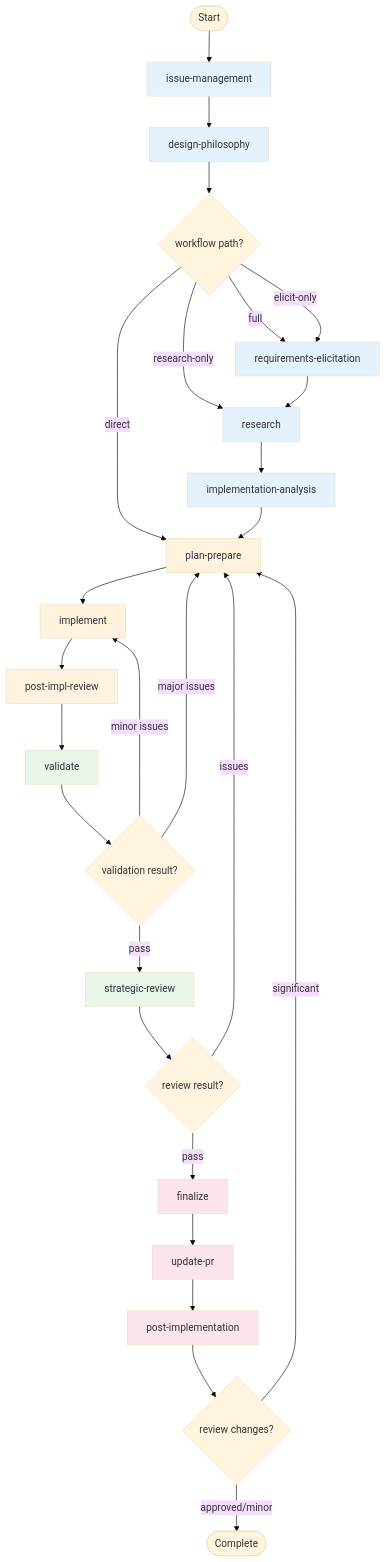
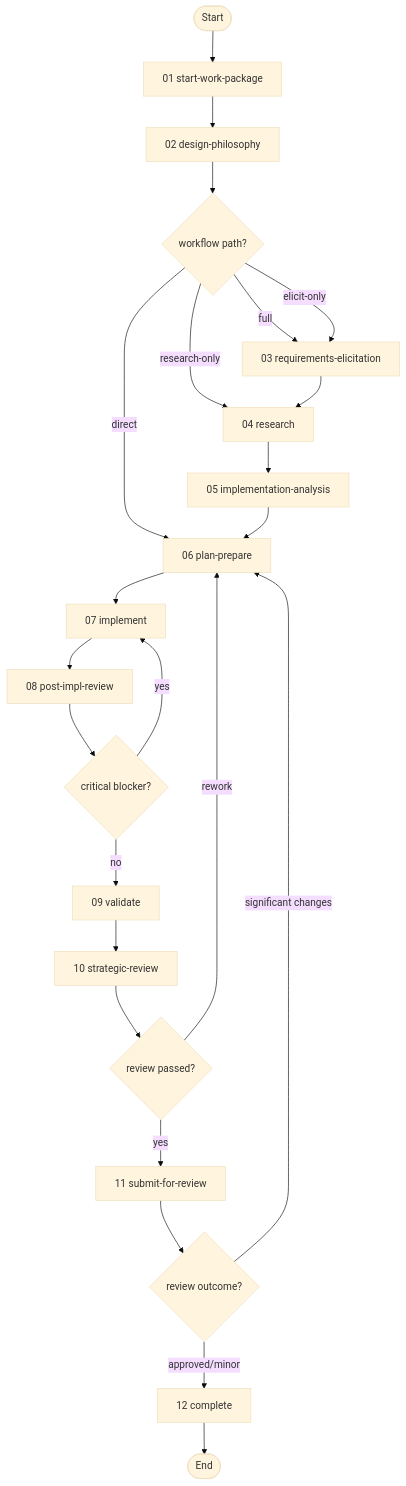
The diagram in work-package/README.md (m2ux/workflow-server), drawn with Mermaid (base theme) before and after one commit. The commit also changed other lines of this file, not shown here.

First line of the commit message:
docs: update work-package README to reflect v3.1.0 refactoring

````diff
--- a/work-package/README.md
+++ b/work-package/README.md
@@ -47,49 +34,33 @@
 ```mermaid
 graph TD
-    Start([Start]) --> IM[issue-management]
-    IM --> DP[design-philosophy]
-    
-    DP --> PATH{workflow path?}
-    PATH -->|full| REL[requirements-elicitation]
-    PATH -->|elicit-only| REL
-    PATH -->|research-only| RS
-    PATH -->|direct| PP
-    
-    REL --> RS[research]
-    RS --> IA[implementation-analysis]
-    IA --> PP[plan-prepare]
-    
-    PP --> IMP[implement]
-    IMP --> PIR[post-impl-review]
-    PIR --> VAL[validate]
-    
-    VAL --> VD{validation result?}
-    VD -->|pass| SR[strategic-review]
-    VD -->|minor issues| IMP
-    VD -->|major issues| PP
-    
-    SR --> SRD{review result?}
-    SRD -->|pass| FIN[finalize]
-    SRD -->|issues| PP
-    
-    FIN --> UPR[update-pr]
-    UPR --> PI[post-implementation]
-    
-    PI --> PID{review changes?}
-    PID -->|significant| PP
-    PID -->|approved/minor| Done([Complete])
-    
-    style IM fill:#e3f2fd
-    style DP fill:#e3f2fd
-    style REL fill:#e3f2fd
-    style IA fill:#e3f2fd
-    style RS fill:#e3f2fd
-    style PP fill:#fff3e0
-    style IMP fill:#fff3e0
-    style PIR fill:#fff3e0
-    style VAL fill:#e8f5e9
-    style SR fill:#e8f5e9
-    style FIN fill:#fce4ec
-    style UPR fill:#fce4ec
-    style PI fill:#fce4ec
+    Start(["Start"]) --> SWP["01 start-work-package"]
+    SWP --> DP["02 design-philosophy"]
+
+    DP --> PATH{"workflow path?"}
+    PATH -->|"full"| REL["03 requirements-elicitation"]
+    PATH -->|"elicit-only"| REL
+    PATH -->|"research-only"| RS
+    PATH -->|"direct"| PP
+
+    REL --> RS["04 research"]
+    RS --> IA["05 implementation-analysis"]
+    IA --> PP["06 plan-prepare"]
+
+    PP --> IMP["07 implement"]
+    IMP --> PIR["08 post-impl-review"]
+    PIR --> BLK{"critical blocker?"}
+    BLK -->|"yes"| IMP
+    BLK -->|"no"| VAL["09 validate"]
+
+    VAL --> SR["10 strategic-review"]
+
+    SR --> SRD{"review passed?"}
+    SRD -->|"yes"| SFR["11 submit-for-review"]
+    SRD -->|"rework"| PP
+
+    SFR --> RVD{"review outcome?"}
+    RVD -->|"approved/minor"| COMP["12 complete"]
+    RVD -->|"significant changes"| PP
+
+    COMP --> Done(["End"])
 ```
````
